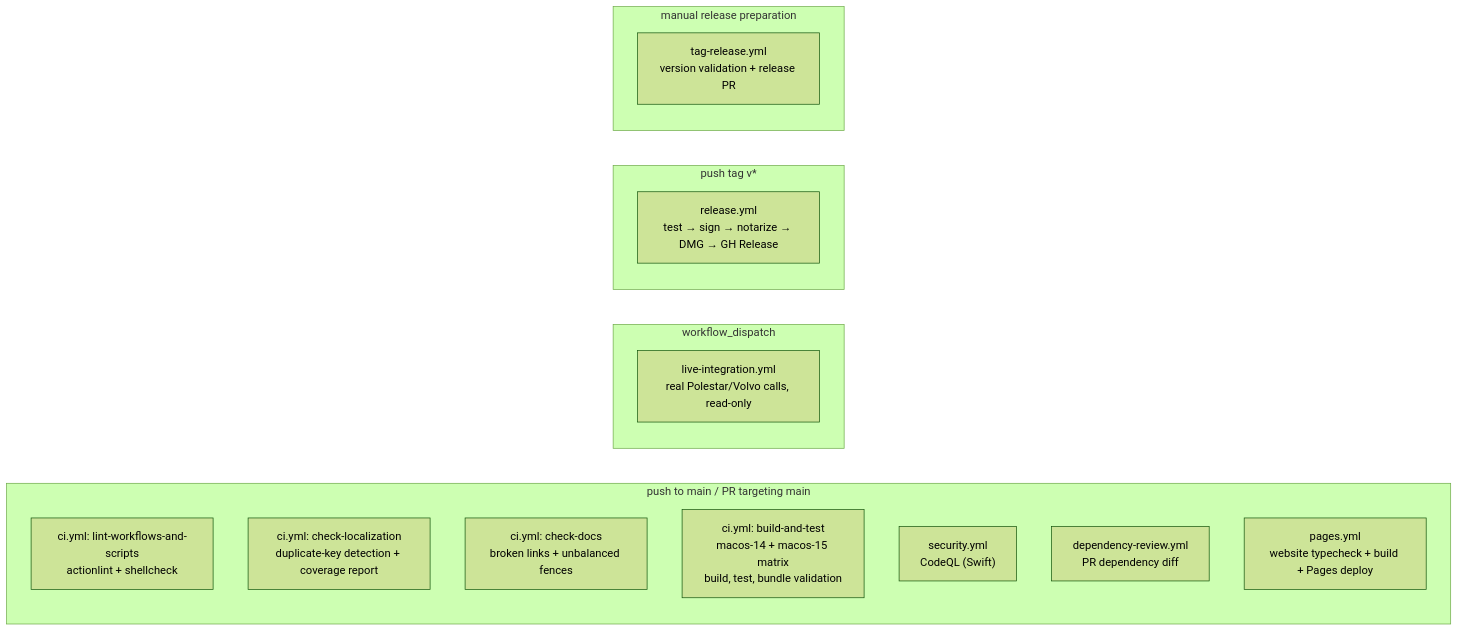
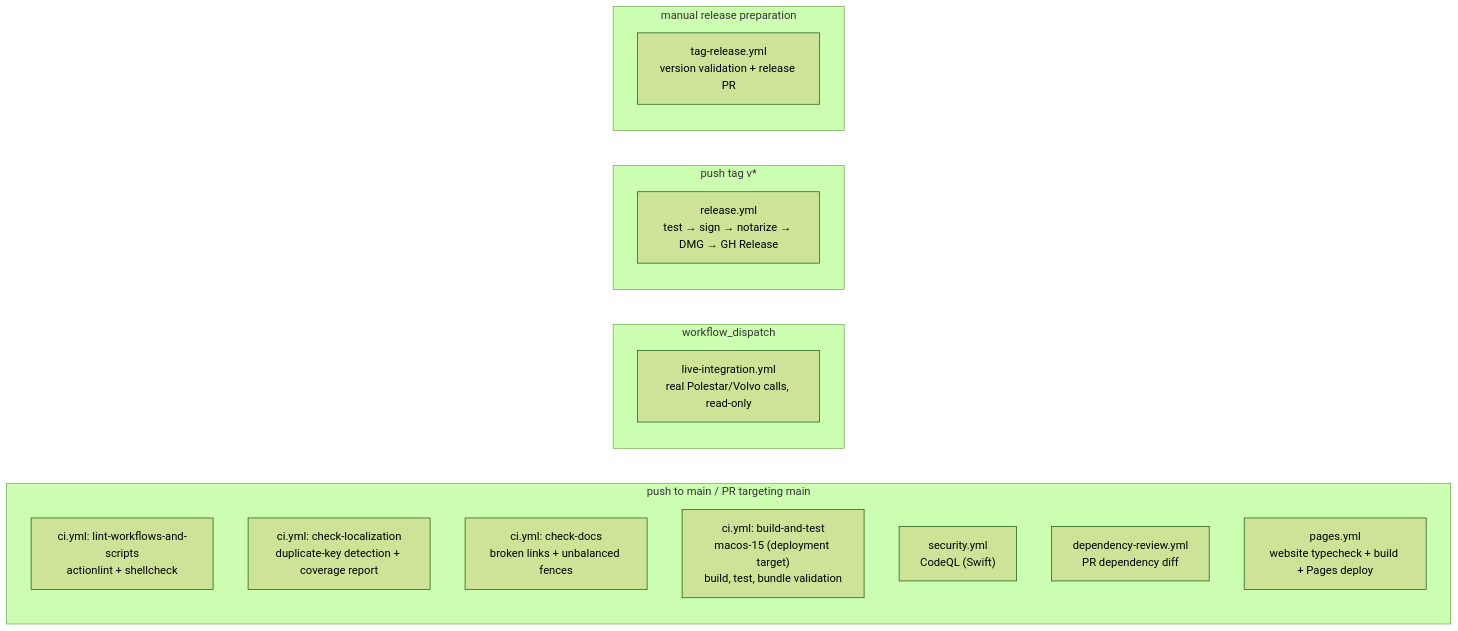
The diagram in docs/operations/ci.md (NicolasKheirallah/Hisingen), drawn with Mermaid (forest theme) before and after one commit. The commit also changed other lines of this file and 54 other files, not shown here.

````diff
--- a/docs/operations/ci.md
+++ b/docs/operations/ci.md
@@ -12,21 +12,21 @@
 ```mermaid
 flowchart LR
     subgraph Push["push to main / PR targeting main"]
         Lint["ci.yml: lint-workflows-and-scripts<br/>actionlint + shellcheck"]
         L10n["ci.yml: check-localization<br/>duplicate-key detection + coverage report"]
         Docs["ci.yml: check-docs<br/>broken links + unbalanced fences"]
-        CI["ci.yml: build-and-test<br/>macos-14 + macos-15 matrix<br/>build, test, bundle validation"]
+        CI["ci.yml: build-and-test<br/>macos-15 (deployment target)<br/>build, test, bundle validation"]
         Sec["security.yml<br/>CodeQL (Swift)"]
         Dep["dependency-review.yml<br/>PR dependency diff"]
         Pages["pages.yml<br/>website typecheck + build + Pages deploy"]
     end
     subgraph Manual["workflow_dispatch"]
         Live["live-integration.yml<br/>real Polestar/Volvo calls, read-only"]
     end
     subgraph Tag["push tag v*"]
         Release["release.yml<br/>test → sign → notarize → DMG → GH Release"]
     end
     subgraph Prepare["manual release preparation"]
         TagPR["tag-release.yml<br/>version validation + release PR"]
     end
 ```
````
